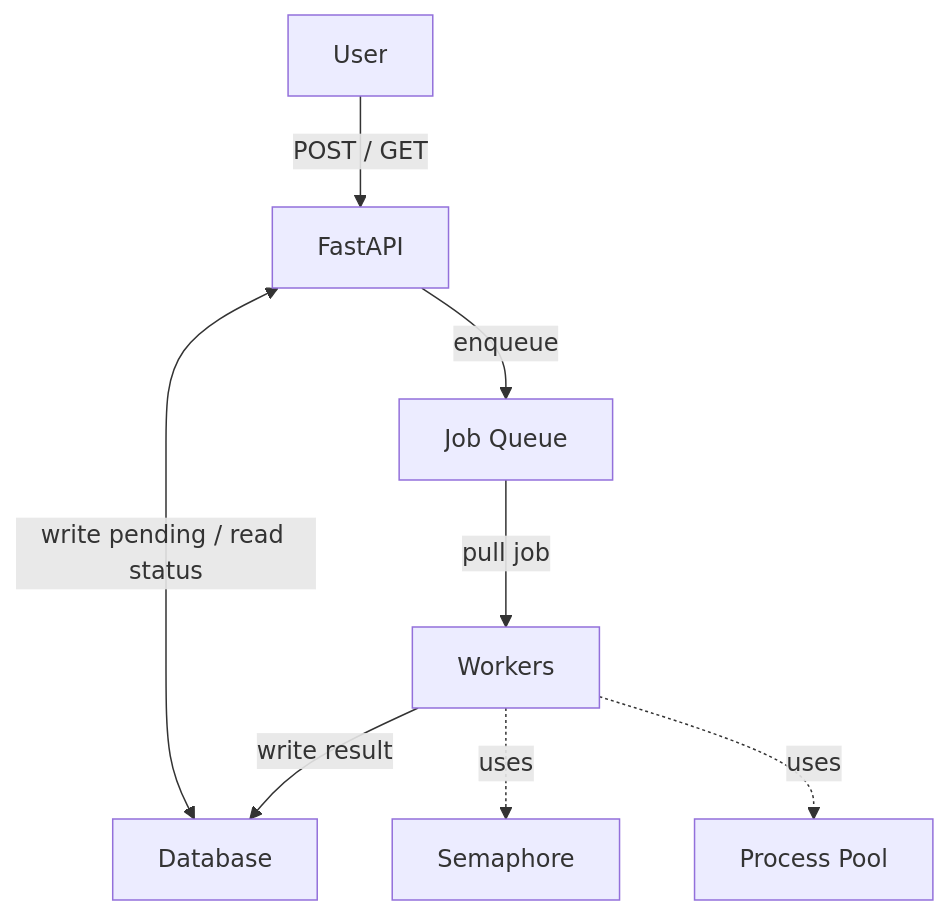
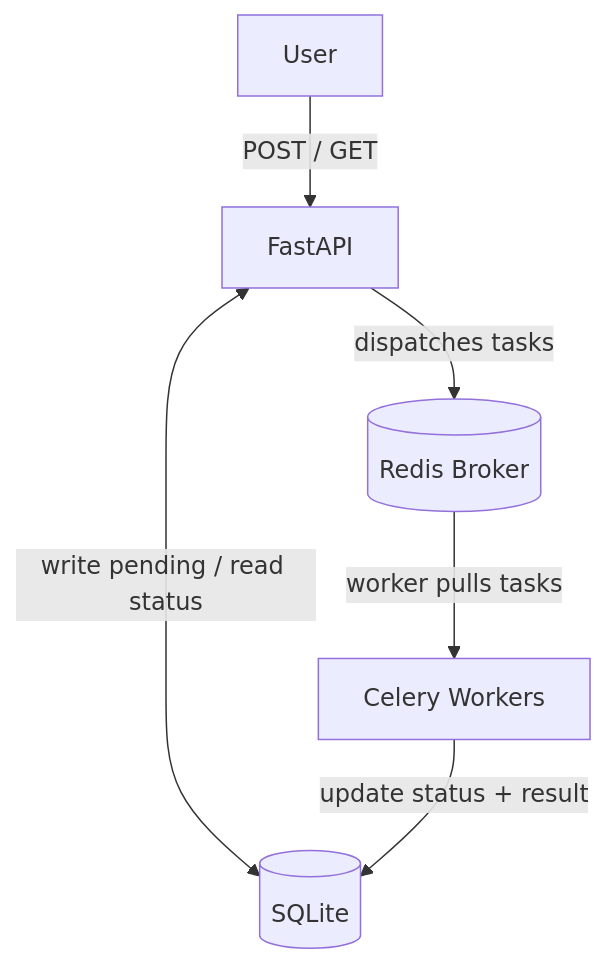
Before and after one commit to DarDuong5/async-scraper: the diagram in README.md, drawn with Mermaid. The commit also changed other lines of this file, not shown here.

````diff
--- a/README.md
+++ b/README.md
@@ -33,10 +27,8 @@
 ``` mermaid
-graph TD
+graph TD    
     A[User] -->|POST / GET| API[FastAPI]
-    API --> |enqueue| Queue[Job Queue]
-    API <--> |write pending / read status| DB[Database]
-    Queue --> |pull job| Workers
-    Workers --> |write result| DB
-    Workers -.uses.-> Sem[Semaphore]
-    Workers -.uses.-> ProcPool[Process Pool]
+    API --> |dispatches tasks| Redis[(Redis Broker)]
+    Redis --> |worker pulls tasks| Celery[Celery Workers]
+    API <--> |write pending / read status| DB[(SQLite)]
+    Celery --> |update status + result| DB
 ```
````
